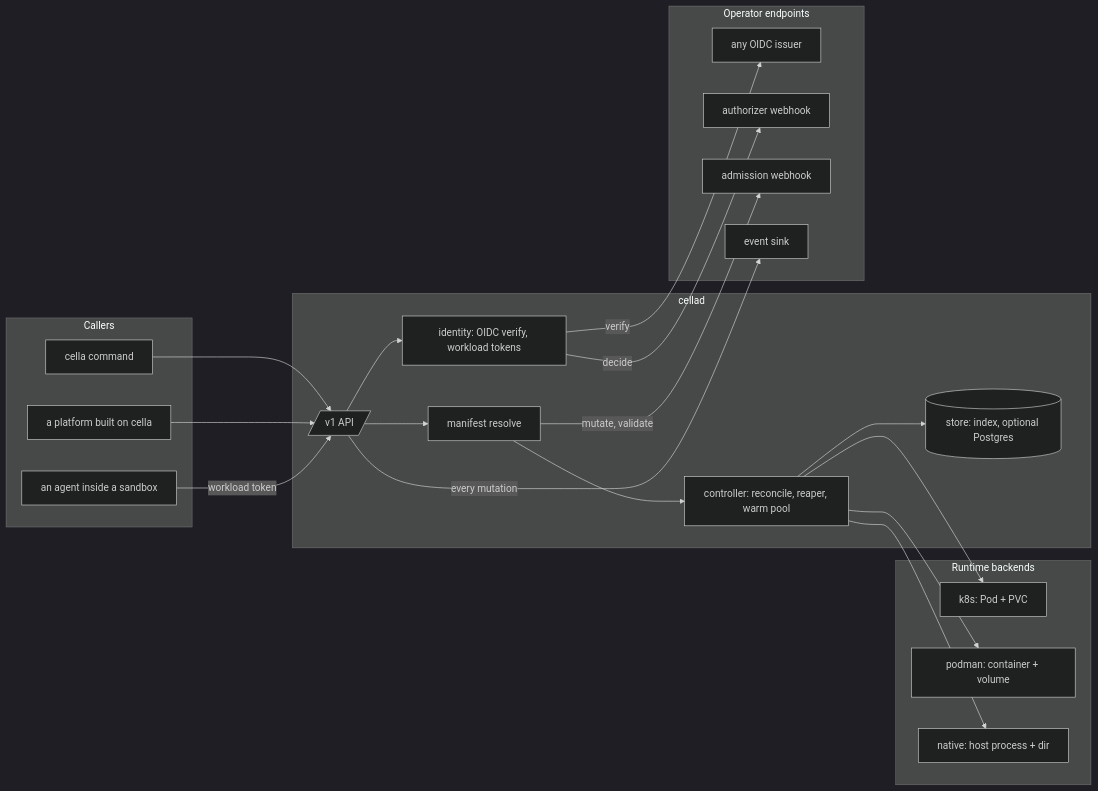
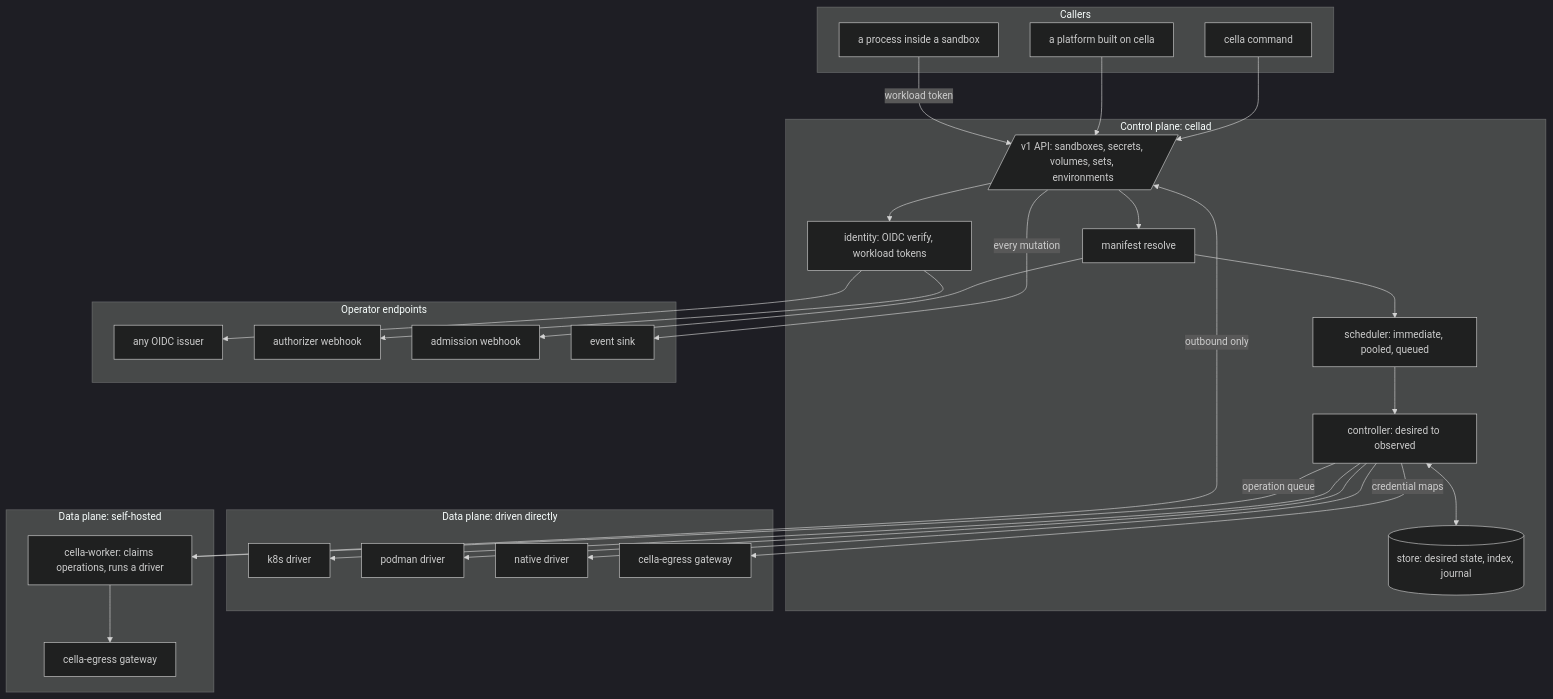
One commit to latere-ai/cella changed the first of 2 diagrams in specs/001-architecture.md. Above: the diagram before and after it, drawn with Mermaid (dark theme). The commit also changed other lines of this file and 19 other files, not shown here.

Commit message:
specs: revise the deck after review: two planes, cella.latere.ai/v1, secrets and egress, volumes, scheduling and sets, workers, mesh and spawn, computer use

````diff
--- a/specs/001-architecture.md
+++ b/specs/001-architecture.md
@@ -53,40 +58,48 @@
 ```mermaid
-flowchart LR
+flowchart TB
   subgraph callers [Callers]
     CLI[cella command]
-    Plane[a platform built on cella]
-    Agent[an agent inside a sandbox]
+    Plat[a platform built on cella]
+    Agent[a process inside a sandbox]
   end
-  subgraph cellad [cellad]
-    API[/v1 API/]
+  subgraph cp [Control plane: cellad]
+    API[/v1 API: sandboxes, secrets, volumes, sets, environments/]
     Resolve[manifest resolve]
     Auth[identity: OIDC verify, workload tokens]
-    Ctl[controller: reconcile, reaper, warm pool]
-    Store[(store: index, optional Postgres)]
+    Sched[scheduler: immediate, pooled, queued]
+    Ctl[controller: desired to observed]
+    Store[(store: desired state, index, journal)]
   end
-  subgraph operator [Operator endpoints]
+  subgraph ops [Operator endpoints]
     IdP[any OIDC issuer]
     Authz[authorizer webhook]
     Adm[admission webhook]
     Sink[event sink]
   end
-  subgraph backends [Runtime backends]
-    K8s[k8s: Pod + PVC]
-    Podman[podman: container + volume]
-    Native[native: host process + dir]
+  subgraph dp1 [Data plane: driven directly]
+    K8s[k8s driver]
+    Podman[podman driver]
+    Native[native driver]
+    EG1[cella-egress gateway]
+  end
+  subgraph dp2 [Data plane: self-hosted]
+    Worker[cella-worker: claims operations, runs a driver]
+    EG2[cella-egress gateway]
   end
   CLI --> API
-  Plane --> API
+  Plat --> API
   Agent -- workload token --> API
-  API --> Auth
-  Auth -- verify --> IdP
-  Auth -- decide --> Authz
-  API --> Resolve
-  Resolve -- mutate, validate --> Adm
-  Resolve --> Ctl
-  Ctl --> Store
+  API --> Auth --> IdP
+  Auth --> Authz
+  API --> Resolve --> Adm
+  Resolve --> Sched --> Ctl
+  Ctl <--> Store
   Ctl --> K8s
   Ctl --> Podman
   Ctl --> Native
+  Ctl -- operation queue --> Worker
+  Worker -- outbound only --> API
+  Ctl -- credential maps --> EG1
+  Worker --> EG2
   API -- every mutation --> Sink
 ```
````
